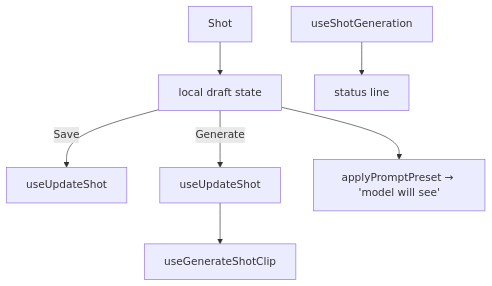
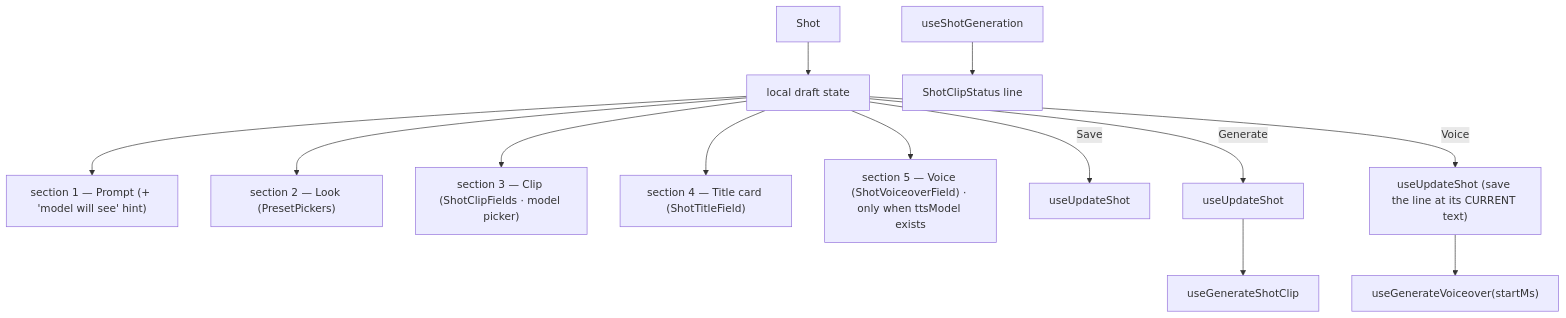
Before and after one commit to AzamatRaimbekov2/openCreate: the diagram in apps/web/src/modules/Cinema/components/ShotInspector.tsx.md, drawn with Mermaid. The commit also changed other lines of this file and 74 other files, not shown here.

````diff
--- a/apps/web/src/modules/Cinema/components/ShotInspector.tsx.md
+++ b/apps/web/src/modules/Cinema/components/ShotInspector.tsx.md
@@ -30,8 +38,13 @@
 ```mermaid
 flowchart TD
   SHOT[Shot] --> DRAFT[local draft state]
+  DRAFT --> S1["section 1 — Prompt (+ 'model will see' hint)"]
+  DRAFT --> S2["section 2 — Look (PresetPickers)"]
+  DRAFT --> S3["section 3 — Clip (ShotClipFields · model picker)"]
+  DRAFT --> S4["section 4 — Title card (ShotTitleField)"]
+  DRAFT --> S5["section 5 — Voice (ShotVoiceoverField) · only when ttsModel exists"]
   DRAFT -->|Save| U[useUpdateShot]
   DRAFT -->|Generate| U2[useUpdateShot] --> GEN[useGenerateShotClip]
-  DRAFT --> HINT[applyPromptPreset → 'model will see']
-  CLIP[useShotGeneration] --> STATUS[status line]
+  DRAFT -->|Voice| U3["useUpdateShot (save the line at its CURRENT text)"] --> VO["useGenerateVoiceover(startMs)"]
+  CLIP[useShotGeneration] --> STATUS[ShotClipStatus line]
 ```
````
